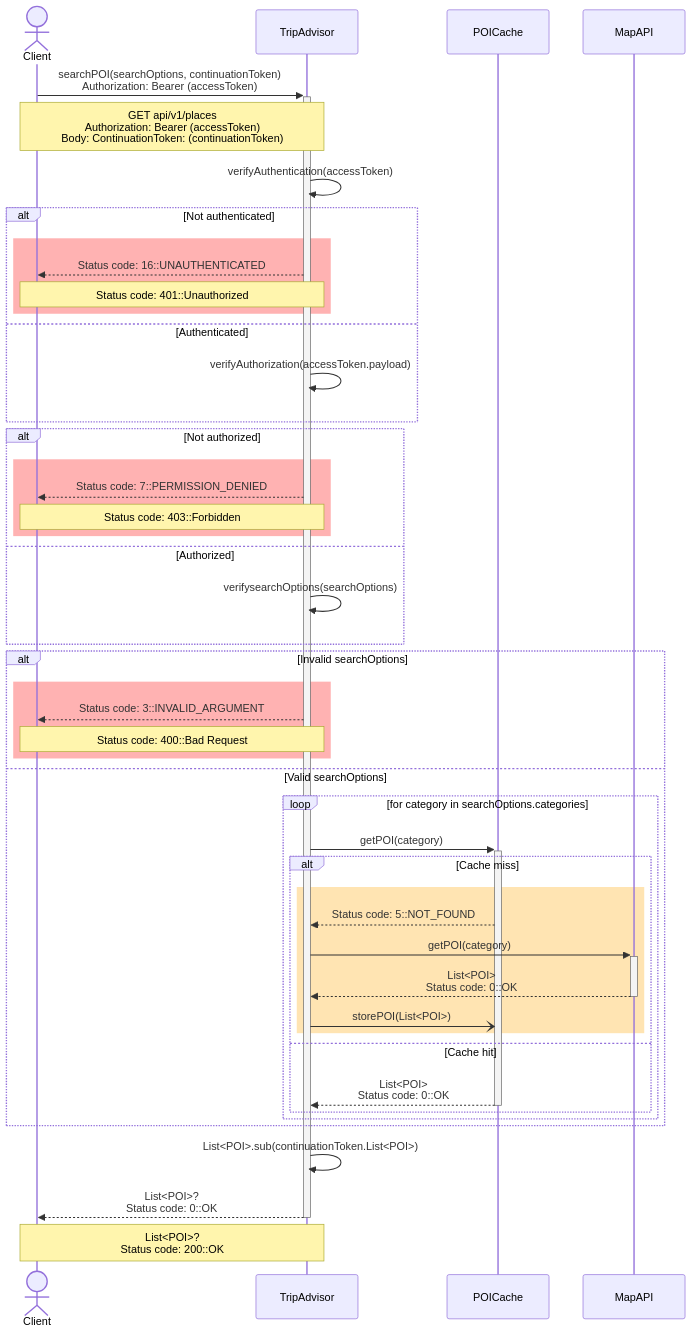
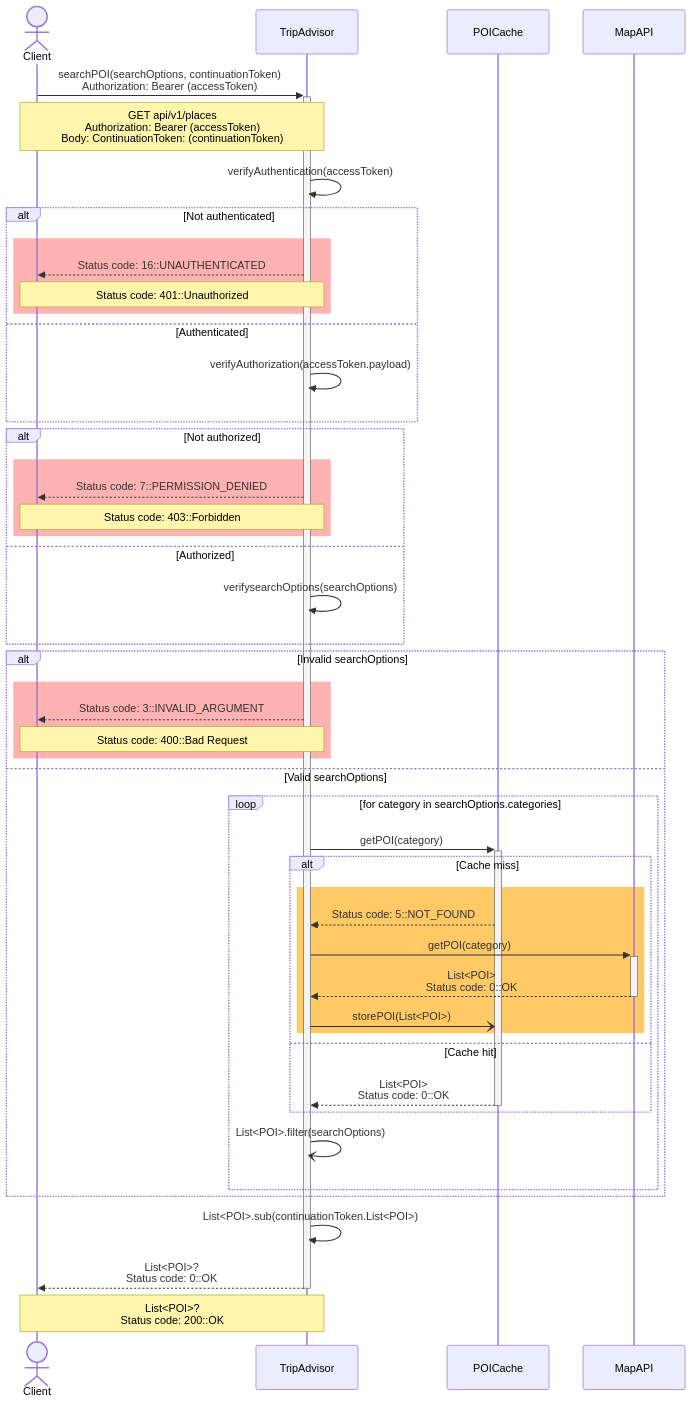
One commit to d-kv/backend-travel-app changed the diagram in docs/uml/src/search_poi.mmd. Above: the diagram before and after it, drawn with Mermaid. The commit also changed 7 other files, not shown here.

Commit message:
docs(searchPOI): add filter by searchOptions

```diff
--- a/docs/uml/src/search_poi.mmd
+++ b/docs/uml/src/search_poi.mmd
@@ -1,52 +1,53 @@
 sequenceDiagram
 	actor Client as Client
 	participant Trip as TripAdvisor
 	participant DB as POICache
 	participant Map as MapAPI
 
 
 	Client->>+Trip: searchPOI(searchOptions, continuationToken)<br/>Authorization: Bearer (accessToken)
 	Note over Client,Trip: GET api/v1/places<br/>Authorization: Bearer (accessToken)<br/>Body: ContinuationToken: (continuationToken)
 
 		Trip->>Trip: verifyAuthentication(accessToken)
 		alt Not authenticated
 			rect rgba(255, 0, 0, 0.3)
 				Trip-->>Client: Status code: 16::UNAUTHENTICATED
 				Note over Client,Trip: Status code: 401::Unauthorized
 			end
 		else Authenticated
 			Trip->>Trip: verifyAuthorization(accessToken.payload)
 		end
 		alt Not authorized
 			rect rgba(255, 0, 0, 0.3)
 				Trip-->>Client: Status code: 7::PERMISSION_DENIED
 				Note over Client,Trip: Status code: 403::Forbidden
 			end
 		else Authorized
 			Trip->>Trip: verifysearchOptions(searchOptions)
 		end
 
 		alt Invalid searchOptions
 			rect rgba(255, 0, 0, 0.3)
 				Trip-->>Client: Status code: 3::INVALID_ARGUMENT
 				Note over Client,Trip: Status code: 400::Bad Request
 			end
 
 		else Valid searchOptions
 			loop for category in searchOptions.categories
 				Trip->>+DB: getPOI(category)
 				alt Cache miss
-					rect rgba(255, 165, 0, 0.3)
+					rect rgba(255, 165, 0, 0.6)
 						DB-->>Trip: Status code: 5::NOT_FOUND
 						Trip->>+Map: getPOI(category)
 						Map-->>-Trip: List<POI><br/>Status code: 0::OK
 						Trip-)DB: storePOI(List<POI>)
 					end
 				else Cache hit
 					DB-->>-Trip: List<POI><br/>Status code: 0::OK
 				end
+				Trip-)Trip: List<POI>.filter(searchOptions)
 			end
 		end
 		Trip->>Trip: List<POI>.sub(continuationToken.List<POI>)
 		Trip-->>-Client: List<POI>?<br/>Status code: 0::OK
 		Note over Client,Trip: List<POI>?<br/>Status code: 200::OK
```
